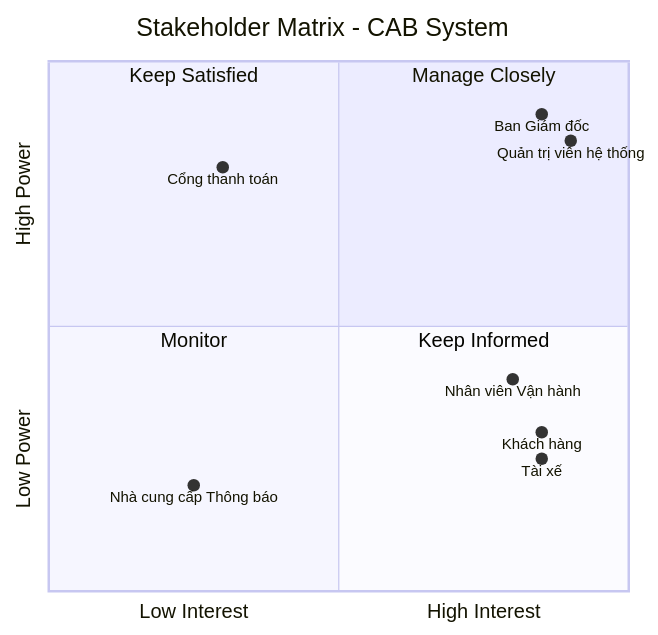
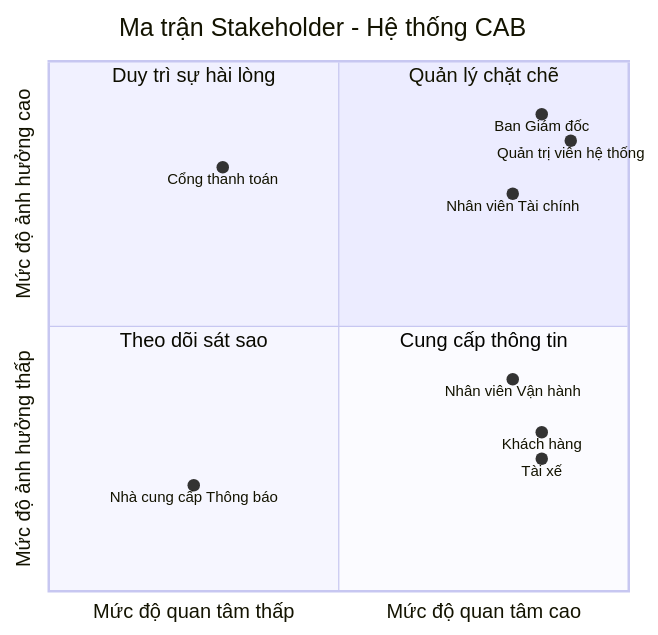
One commit to truonghoanglong-sys/23653101_TRUONGHOANGLONG_CABSYSTEM changed the diagram in README.md. Above: the diagram before and after it, drawn with Mermaid. The commit also changed other lines of this file, not shown here.

````diff
--- a/README.md
+++ b/README.md
@@ -40,17 +40,18 @@
- ```mermaid
+```mermaid
 quadrantChart
-    title Stakeholder Matrix - CAB System
-    x-axis Low Interest --> High Interest
-    y-axis Low Power --> High Power
-    quadrant-1 Manage Closely
-    quadrant-2 Keep Satisfied
-    quadrant-3 Monitor
-    quadrant-4 Keep Informed
+    title Ma trận Stakeholder - Hệ thống CAB
+    x-axis Mức độ quan tâm thấp --> Mức độ quan tâm cao
+    y-axis Mức độ ảnh hưởng thấp --> Mức độ ảnh hưởng cao
+    quadrant-1 Quản lý chặt chẽ
+    quadrant-2 Duy trì sự hài lòng
+    quadrant-3 Theo dõi sát sao
+    quadrant-4 Cung cấp thông tin
     "Ban Giám đốc": [0.85, 0.90]
     "Quản trị viên hệ thống": [0.90, 0.85]
+    "Nhân viên Tài chính": [0.80, 0.75]
     "Cổng thanh toán": [0.30, 0.80]
     "Nhân viên Vận hành": [0.80, 0.40]
     "Khách hàng": [0.85, 0.30]
     "Tài xế": [0.85, 0.25]
     "Nhà cung cấp Thông báo": [0.25, 0.20]
 ```
````
